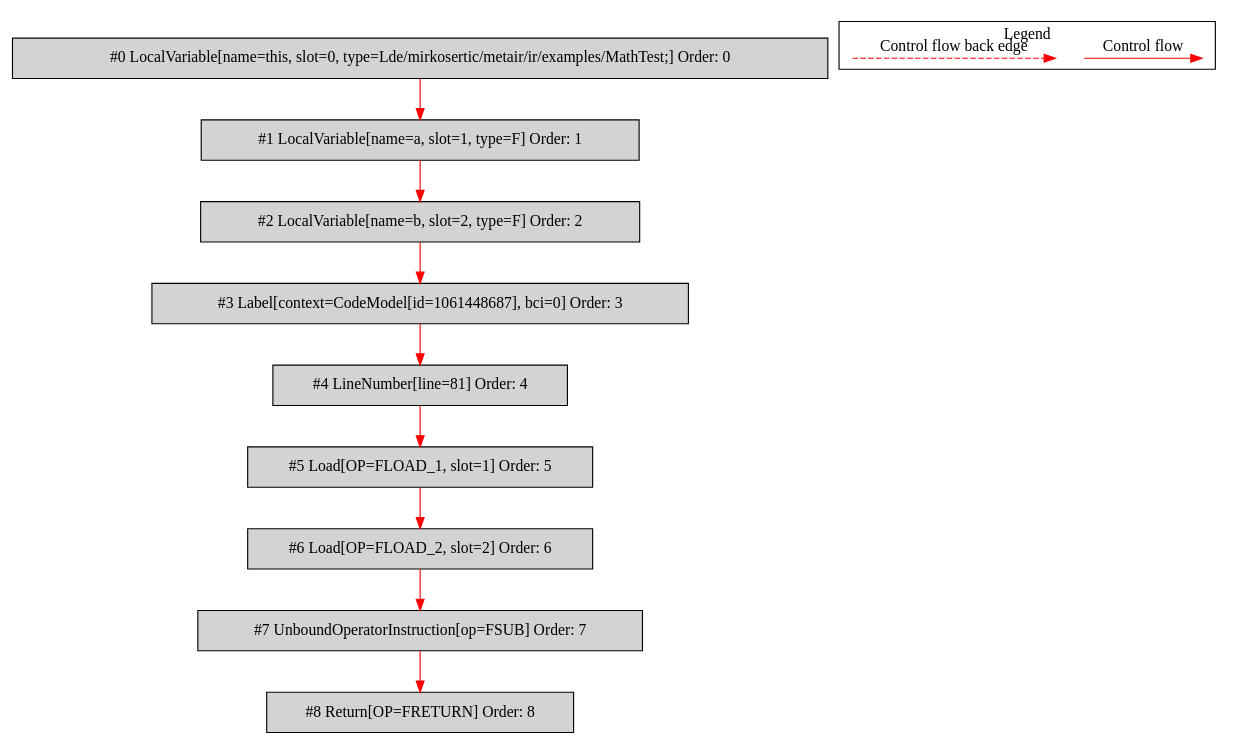
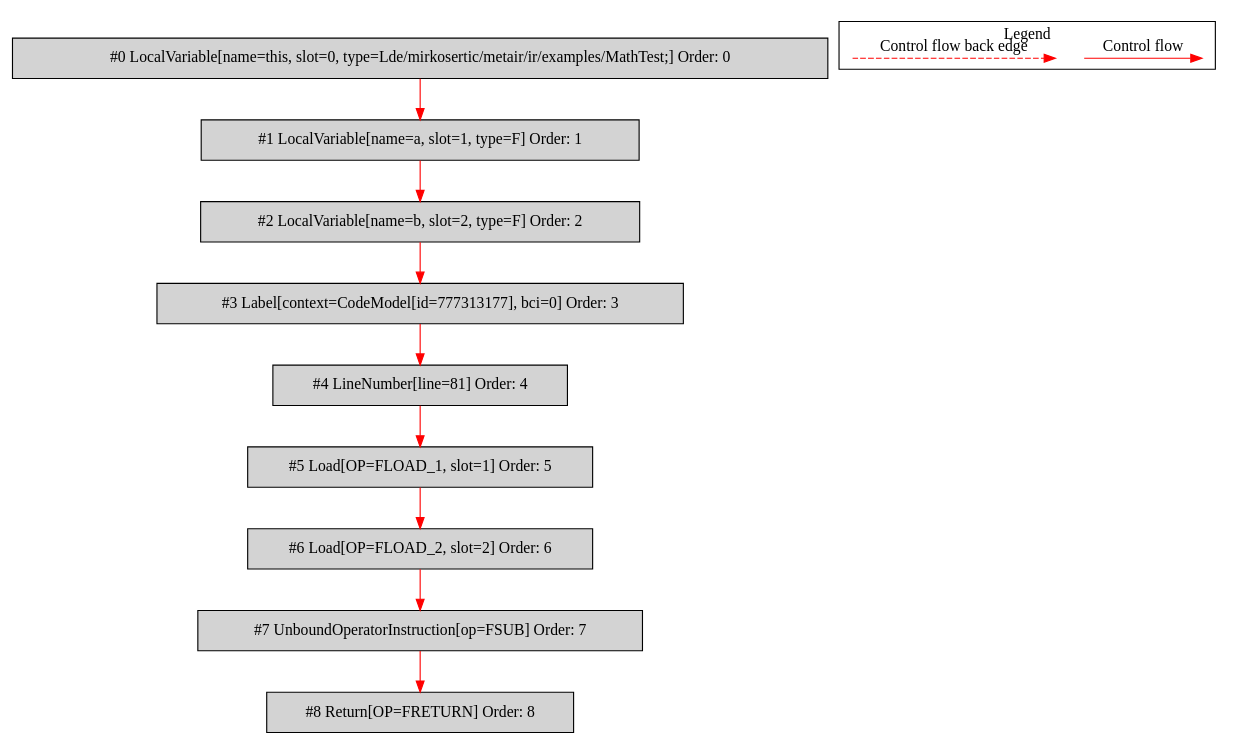
Before and after one commit to mirkosertic/MetaIR: the diagram in de.mirkosertic.metair.ir.examples.MathTest/fsub/bytecodecfg.dot, drawn with Graphviz. The commit also changed 506 other files, not shown here.

```diff
--- a/de.mirkosertic.metair.ir.examples.MathTest/fsub/bytecodecfg.dot
+++ b/de.mirkosertic.metair.ir.examples.MathTest/fsub/bytecodecfg.dot
@@ -1,33 +1,33 @@
 digraph {
  node0[label="#0 LocalVariable[name=this, slot=0, type=Lde/mirkosertic/metair/ir/examples/MathTest;] Order: 0", shape=box, fillcolor=lightgrey, style=filled];
  node1[label="#1 LocalVariable[name=a, slot=1, type=F] Order: 1", shape=box, fillcolor=lightgrey, style=filled];
  node2[label="#2 LocalVariable[name=b, slot=2, type=F] Order: 2", shape=box, fillcolor=lightgrey, style=filled];
- node3[label="#3 Label[context=CodeModel[id=1061448687], bci=0] Order: 3", shape=box, fillcolor=lightgrey, style=filled];
+ node3[label="#3 Label[context=CodeModel[id=777313177], bci=0] Order: 3", shape=box, fillcolor=lightgrey, style=filled];
  node4[label="#4 LineNumber[line=81] Order: 4", shape=box, fillcolor=lightgrey, style=filled];
  node5[label="#5 Load[OP=FLOAD_1, slot=1] Order: 5", shape=box, fillcolor=lightgrey, style=filled];
  node6[label="#6 Load[OP=FLOAD_2, slot=2] Order: 6", shape=box, fillcolor=lightgrey, style=filled];
  node7[label="#7 UnboundOperatorInstruction[op=FSUB] Order: 7", shape=box, fillcolor=lightgrey, style=filled];
  node8[label="#8 Return[OP=FRETURN] Order: 8", shape=box, fillcolor=lightgrey, style=filled];
  node0 -> node1[color=red];
  node1 -> node2[color=red];
  node2 -> node3[color=red];
  node3 -> node4[color=red];
  node4 -> node5[color=red];
  node5 -> node6[color=red];
  node6 -> node7[color=red];
  node7 -> node8[color=red];
  subgraph cluster_000 {
   label = "Legend";
   node [shape=point]
   {
    rank=same;
    c0 [style = invis];
    c1 [style = invis];
    c2 [style = invis];
    c3 [style = invis];
   }
   c0 -> c1 [label="Control flow", style=solid, color=red]
   c2 -> c3 [label="Control flow back edge", style=dashed, color=red]
  }
 
 }
```
